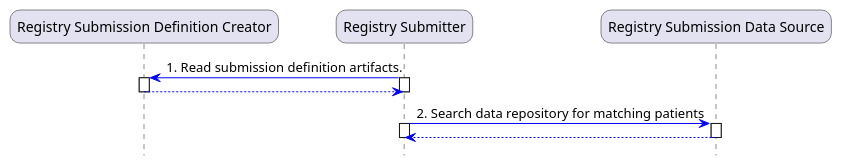
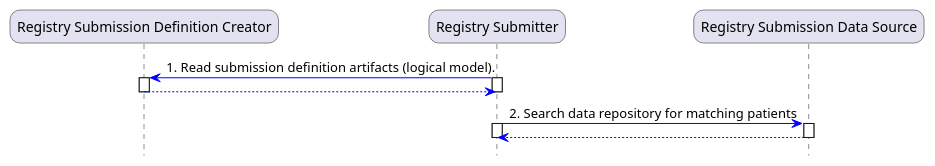
Before and after one commit to HL7/fhir-registry-protocols-ig: the diagram in input/images-source/usecase-GetPatientList-processflow.plantuml, drawn with PlantUML. The commit also changed 3 other files, not shown here.

```diff
--- a/input/images-source/usecase-GetPatientList-processflow.plantuml
+++ b/input/images-source/usecase-GetPatientList-processflow.plantuml
@@ -4,38 +4,38 @@
 @startuml
 hide footbox
 skinparam usecase {
 backgroundColor DeepSkyBlue
 BorderColor DarkSlateGray
 ArrowColor Blue
 }
 
 skinparam Note {
 BackgroundColor LightBlue
 BorderColor Blue
 }
 
 skinparam roundcorner 20
 
 skinparam Component {
 FontName Arial
 Style awesome
 BorderColor DeepSkyBlue
 BackgroundColor LightBlue
 }
 participant "Registry Submission Definition Creator" as RSDC
 participant "Registry Submitter" as RS
 participant "Registry Submission Data Source" as RSDS
 
-RS -> RSDC : 1. Read submission definition artifacts.
+RS -> RSDC : 1. Read submission definition artifacts (logical model).
 activate "RSDC"
 activate "RS"
 return
 deactivate "RSDC"
 deactivate "RS"
 RS -> RSDS : 2. Search data repository for matching patients
 activate "RSDS"
 activate "RS"
 return
 deactivate "RSDS"
 deactivate "RS"
 @enduml
```
